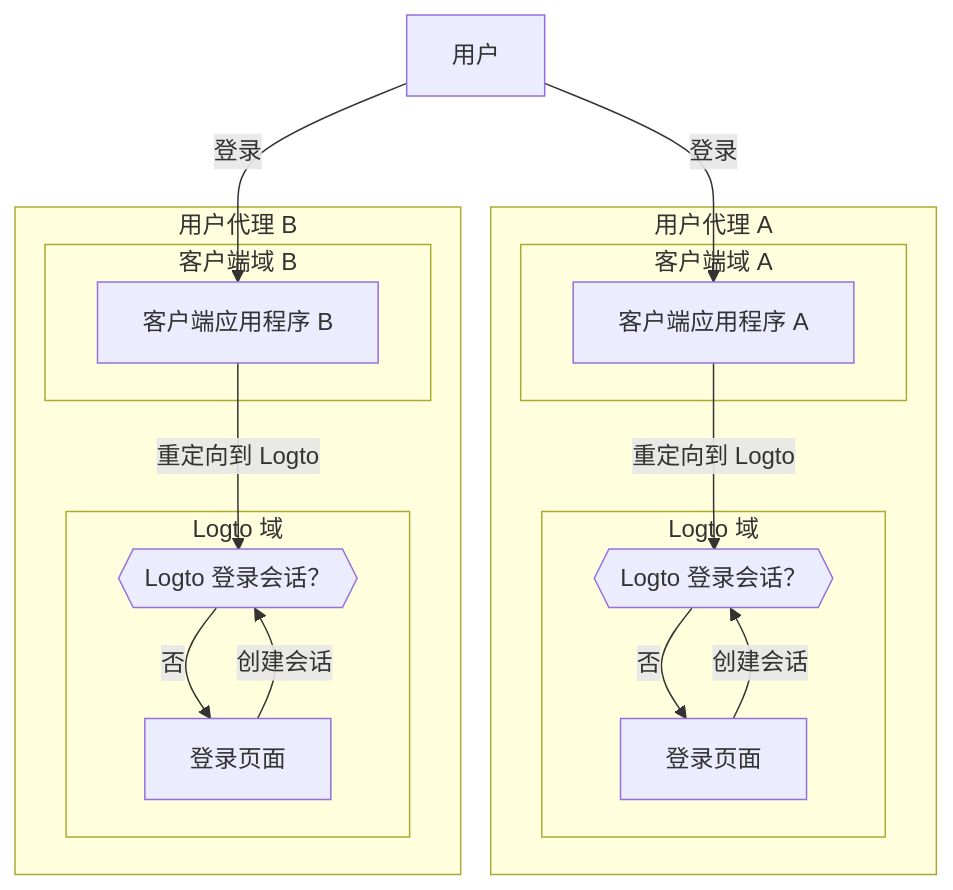
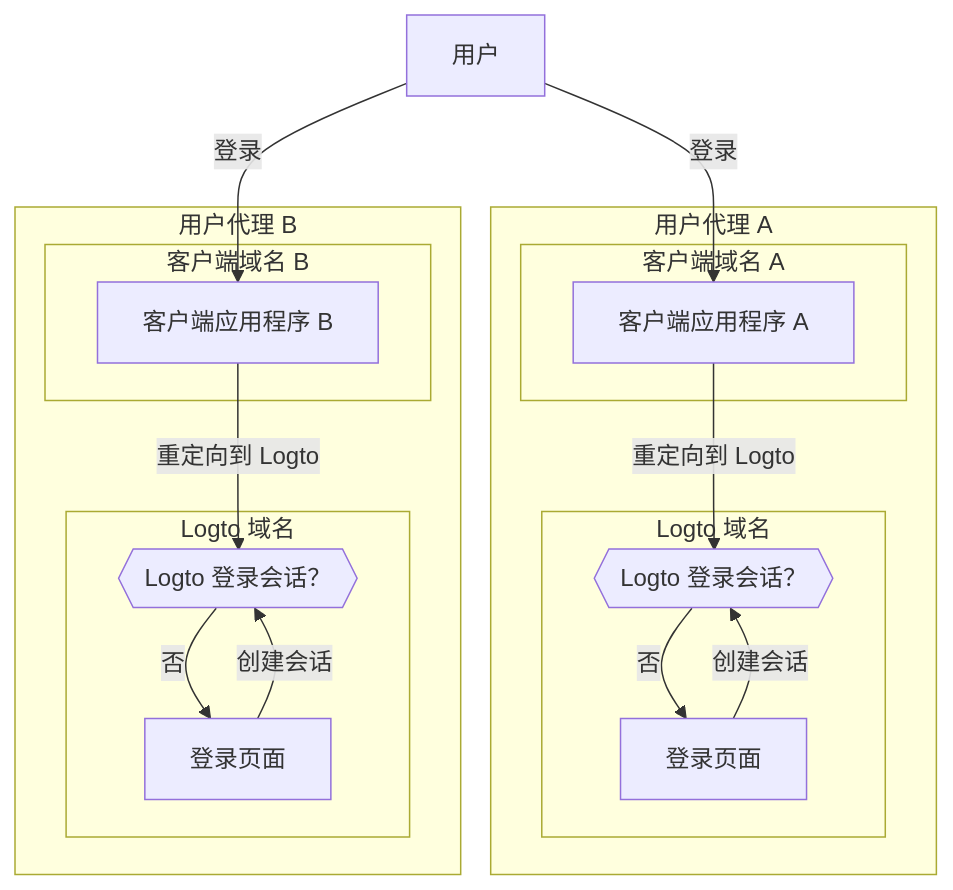
The third of 3 diagrams in i18n/zh-CN/docusaurus-plugin-content-docs/current/end-user-flows/sign-out.mdx (logto-io/docs), drawn with Mermaid before and after one commit. The commit also changed other lines of this file and 67 other files, not shown here.

````diff
--- a/i18n/zh-CN/docusaurus-plugin-content-docs/current/end-user-flows/sign-out.mdx
+++ b/i18n/zh-CN/docusaurus-plugin-content-docs/current/end-user-flows/sign-out.mdx
@@ -89,35 +89,35 @@
    ```mermaid
     flowchart TD
     U[用户]
 
     subgraph DeviceA [用户代理 A]
-      subgraph Layer1 [客户端域 A]
+      subgraph Layer1 [客户端域名 A]
         A[客户端应用程序 A]
       end
 
-      subgraph Layer2 [Logto 域]
+      subgraph Layer2 [Logto 域名]
           C{{Logto 登录会话？}}
           D[登录页面]
       end
     end
 
     subgraph DeviceB [用户代理 B]
-      subgraph Layer3 [客户端域 B]
+      subgraph Layer3 [客户端域名 B]
         B[客户端应用程序 B]
       end
 
-      subgraph Layer4 [Logto 域]
+      subgraph Layer4 [Logto 域名]
           E{{Logto 登录会话？}}
           F[登录页面]
       end
     end
 
     U --> |登录| A
     A --> |重定向到 Logto| C
     U --> |登录| B
     B --> |重定向到 Logto| E
     C --> |否| D
     E --> |否| F
     D --> |创建会话| C
     F --> |创建会话| E
    ```
````
